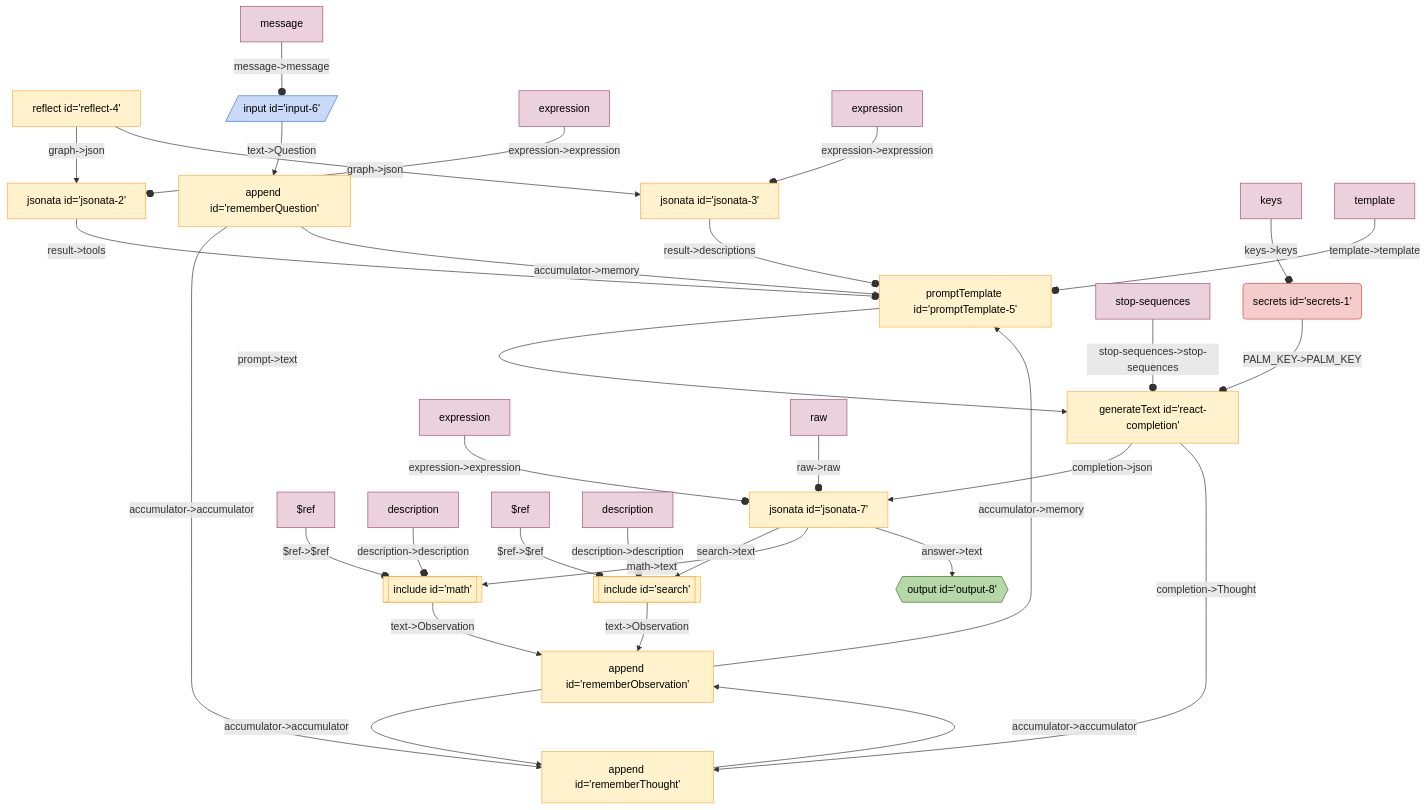
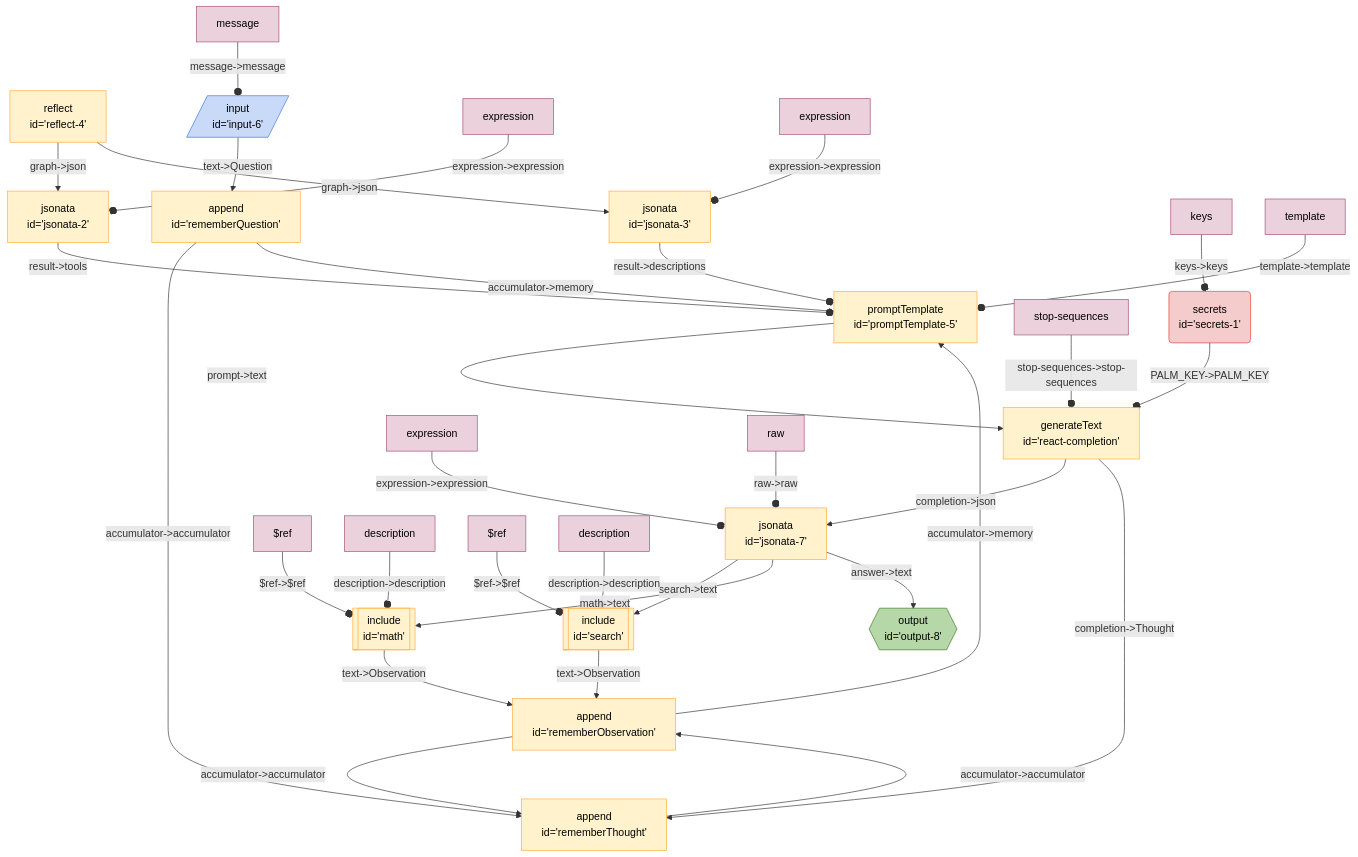
Before and after one commit to breadboard-ai/breadboard: the diagram in seeds/graph-playground/docs/graphs/react-with-jsonata.md, drawn with Mermaid. The commit also changed 16 other files, not shown here.

First line of the commit message:
add line break back to mermaid diagrams

````diff
--- a/seeds/graph-playground/docs/graphs/react-with-jsonata.md
+++ b/seeds/graph-playground/docs/graphs/react-with-jsonata.md
@@ -5,43 +5,43 @@
   ```mermaid
   %%{init: 'themeVariables': { 'fontFamily': 'Fira Code, monospace' }}%%
 graph TD;
-reflect4["reflect id='reflect-4'"] -- "graph->json" --> jsonata2["jsonata id='jsonata-2'"]
-reflect4["reflect id='reflect-4'"] -- "graph->json" --> jsonata3["jsonata id='jsonata-3'"]
-jsonata3["jsonata id='jsonata-3'"] -- "result->descriptions" --o promptTemplate5["promptTemplate id='promptTemplate-5'"]
-jsonata2["jsonata id='jsonata-2'"] -- "result->tools" --o promptTemplate5["promptTemplate id='promptTemplate-5'"]
-rememberObservation["append id='rememberObservation'"] -- "accumulator->memory" --> promptTemplate5["promptTemplate id='promptTemplate-5'"]
-rememberThought["append id='rememberThought'"] -- "accumulator->accumulator" --> rememberObservation["append id='rememberObservation'"]
-rememberObservation["append id='rememberObservation'"] -- "accumulator->accumulator" --> rememberThought["append id='rememberThought'"]
-rememberQuestion["append id='rememberQuestion'"] -- "accumulator->accumulator" --> rememberThought["append id='rememberThought'"]
-rememberQuestion["append id='rememberQuestion'"] -- "accumulator->memory" --> promptTemplate5["promptTemplate id='promptTemplate-5'"]
-input6[/"input id='input-6'"/]:::input -- "text->Question" --> rememberQuestion["append id='rememberQuestion'"]
-secrets1("secrets id='secrets-1'"):::secrets -- "PALM_KEY->PALM_KEY" --o reactcompletion["generateText id='react-completion'"]
-math[["include id='math'"]]:::include -- "text->Observation" --> rememberObservation["append id='rememberObservation'"]
-search[["include id='search'"]]:::include -- "text->Observation" --> rememberObservation["append id='rememberObservation'"]
-jsonata7["jsonata id='jsonata-7'"] -- "search->text" --> search[["include id='search'"]]:::include
-jsonata7["jsonata id='jsonata-7'"] -- "math->text" --> math[["include id='math'"]]:::include
-jsonata7["jsonata id='jsonata-7'"] -- "answer->text" --> output8{{"output id='output-8'"}}:::output
-reactcompletion["generateText id='react-completion'"] -- "completion->json" --> jsonata7["jsonata id='jsonata-7'"]
-reactcompletion["generateText id='react-completion'"] -- "completion->Thought" --> rememberThought["append id='rememberThought'"]
-promptTemplate5["promptTemplate id='promptTemplate-5'"] -- "prompt->text" --> reactcompletion["generateText id='react-completion'"]
+reflect4["reflect <br> id='reflect-4'"] -- "graph->json" --> jsonata2["jsonata <br> id='jsonata-2'"]
+reflect4["reflect <br> id='reflect-4'"] -- "graph->json" --> jsonata3["jsonata <br> id='jsonata-3'"]
+jsonata3["jsonata <br> id='jsonata-3'"] -- "result->descriptions" --o promptTemplate5["promptTemplate <br> id='promptTemplate-5'"]
+jsonata2["jsonata <br> id='jsonata-2'"] -- "result->tools" --o promptTemplate5["promptTemplate <br> id='promptTemplate-5'"]
+rememberObservation["append <br> id='rememberObservation'"] -- "accumulator->memory" --> promptTemplate5["promptTemplate <br> id='promptTemplate-5'"]
+rememberThought["append <br> id='rememberThought'"] -- "accumulator->accumulator" --> rememberObservation["append <br> id='rememberObservation'"]
+rememberObservation["append <br> id='rememberObservation'"] -- "accumulator->accumulator" --> rememberThought["append <br> id='rememberThought'"]
+rememberQuestion["append <br> id='rememberQuestion'"] -- "accumulator->accumulator" --> rememberThought["append <br> id='rememberThought'"]
+rememberQuestion["append <br> id='rememberQuestion'"] -- "accumulator->memory" --> promptTemplate5["promptTemplate <br> id='promptTemplate-5'"]
+input6[/"input <br> id='input-6'"/]:::input -- "text->Question" --> rememberQuestion["append <br> id='rememberQuestion'"]
+secrets1("secrets <br> id='secrets-1'"):::secrets -- "PALM_KEY->PALM_KEY" --o reactcompletion["generateText <br> id='react-completion'"]
+math[["include <br> id='math'"]]:::include -- "text->Observation" --> rememberObservation["append <br> id='rememberObservation'"]
+search[["include <br> id='search'"]]:::include -- "text->Observation" --> rememberObservation["append <br> id='rememberObservation'"]
+jsonata7["jsonata <br> id='jsonata-7'"] -- "search->text" --> search[["include <br> id='search'"]]:::include
+jsonata7["jsonata <br> id='jsonata-7'"] -- "math->text" --> math[["include <br> id='math'"]]:::include
+jsonata7["jsonata <br> id='jsonata-7'"] -- "answer->text" --> output8{{"output <br> id='output-8'"}}:::output
+reactcompletion["generateText <br> id='react-completion'"] -- "completion->json" --> jsonata7["jsonata <br> id='jsonata-7'"]
+reactcompletion["generateText <br> id='react-completion'"] -- "completion->Thought" --> rememberThought["append <br> id='rememberThought'"]
+promptTemplate5["promptTemplate <br> id='promptTemplate-5'"] -- "prompt->text" --> reactcompletion["generateText <br> id='react-completion'"]
 keyssecrets1[keys]:::config -- "keys->keys" --o secrets1
 expressionjsonata2[expression]:::config -- "expression->expression" --o jsonata2
 expressionjsonata3[expression]:::config -- "expression->expression" --o jsonata3
 templatepromptTemplate5[template]:::config -- "template->template" --o promptTemplate5
 messageinput6[message]:::config -- "message->message" --o input6
 stopsequencesreactcompletion[stop-sequences]:::config -- "stop-sequences->stop-sequences" --o reactcompletion
 $refmath[$ref]:::config -- "$ref->$ref" --o math
 descriptionmath[description]:::config -- "description->description" --o math
 $refsearch[$ref]:::config -- "$ref->$ref" --o search
 descriptionsearch[description]:::config -- "description->description" --o search
 expressionjsonata7[expression]:::config -- "expression->expression" --o jsonata7
 rawjsonata7[raw]:::config -- "raw->raw" --o jsonata7
 classDef default stroke:#ffab40,fill:#fff2ccff,color:#000
 classDef input stroke:#3c78d8,fill:#c9daf8ff,color:#000
 classDef output stroke:#38761d,fill:#b6d7a8ff,color:#000
 classDef passthrough stroke:#a64d79,fill:#ead1dcff,color:#000
 classDef slot stroke:#a64d79,fill:#ead1dcff,color:#000
 classDef config stroke:#a64d79,fill:#ead1dcff,color:#000
 classDef secrets stroke:#db4437,fill:#f4cccc,color:#000
 classDef slotted stroke:#a64d79
   ```
````
